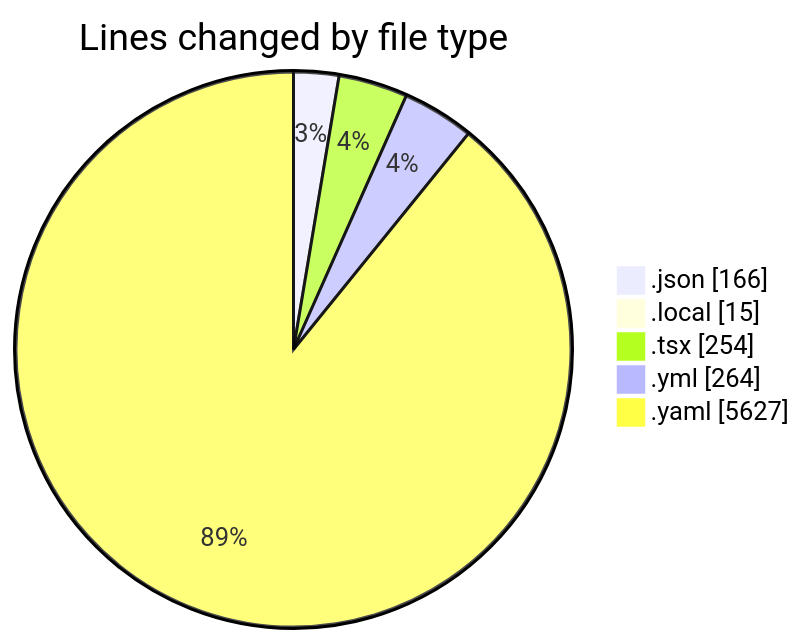
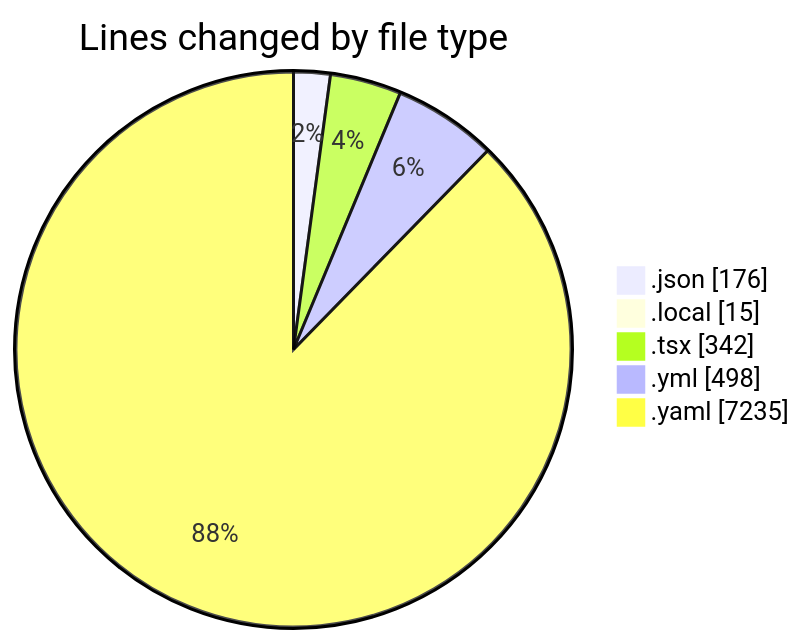
One commit to julien-gomy/code-tracking changed the first of 2 diagrams in 2025-11-05/eventscop-frontend-guide__workspace_/README.md. Above: the diagram before and after it, drawn with Mermaid. The commit also changed other lines of this file and 1 other file, not shown here.

````diff
--- a/2025-11-05/eventscop-frontend-guide__workspace_/README.md
+++ b/2025-11-05/eventscop-frontend-guide__workspace_/README.md
@@ -25,9 +25,9 @@
 ```mermaid
 pie showData
 title Lines changed by file type
-".json" : 166
+".json" : 176
 ".local" : 15
-".tsx" : 254
-".yml" : 264
-".yaml" : 5627
+".tsx" : 342
+".yml" : 498
+".yaml" : 7235
 ```
````
